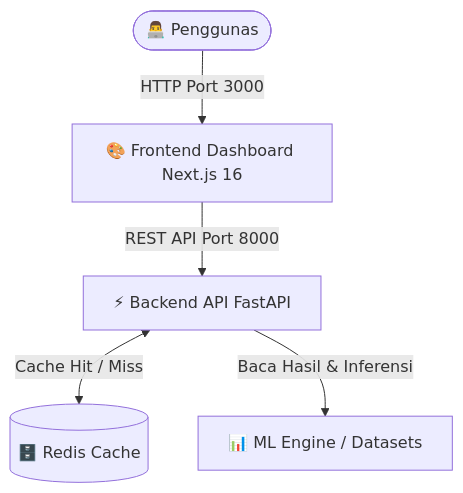
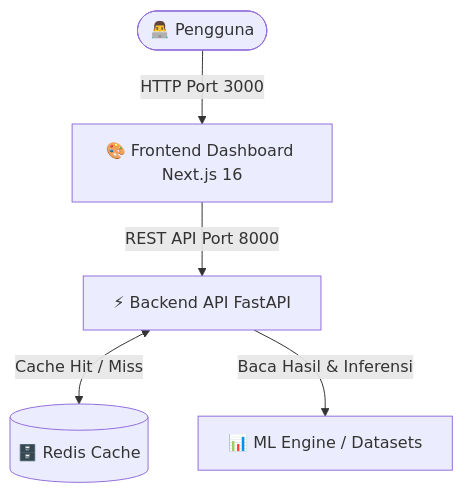
The diagram in README.md (Vallykrie/stock-prediction), drawn with Mermaid before and after one commit.

Commit message:
docs: update README with full-stack web dashboard architecture and Docker setup

````diff
--- a/README.md
+++ b/README.md
@@ -14,7 +14,7 @@
 ```mermaid
 graph TD
-    User([👨‍💻 Penggunas]) -->|HTTP Port 3000| FE[🎨 Frontend Dashboard Next.js 16]
+    User([👨‍💻 Pengguna]) -->|HTTP Port 3000| FE[🎨 Frontend Dashboard Next.js 16]
     FE -->|REST API Port 8000| BE[⚡ Backend API FastAPI]
     BE <-->|Cache Hit / Miss| Redis[(🗄️ Redis Cache)]
     BE -->|Baca Hasil & Inferensi| ML[📊 ML Engine / Datasets]
 ```
````
